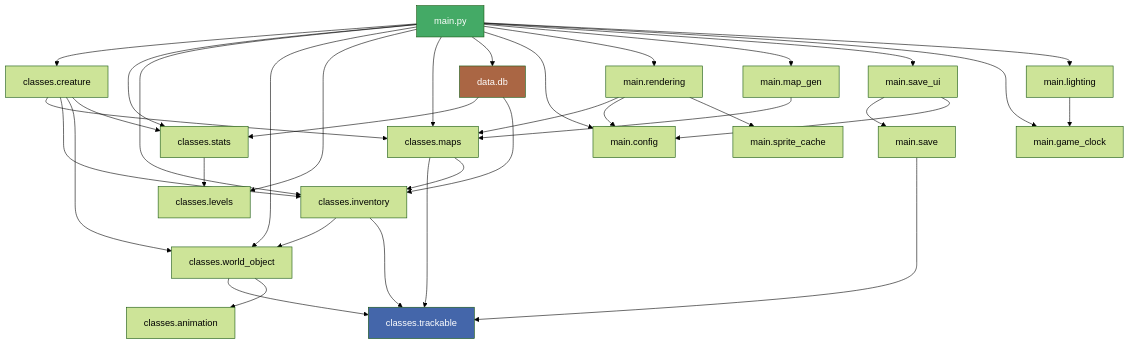
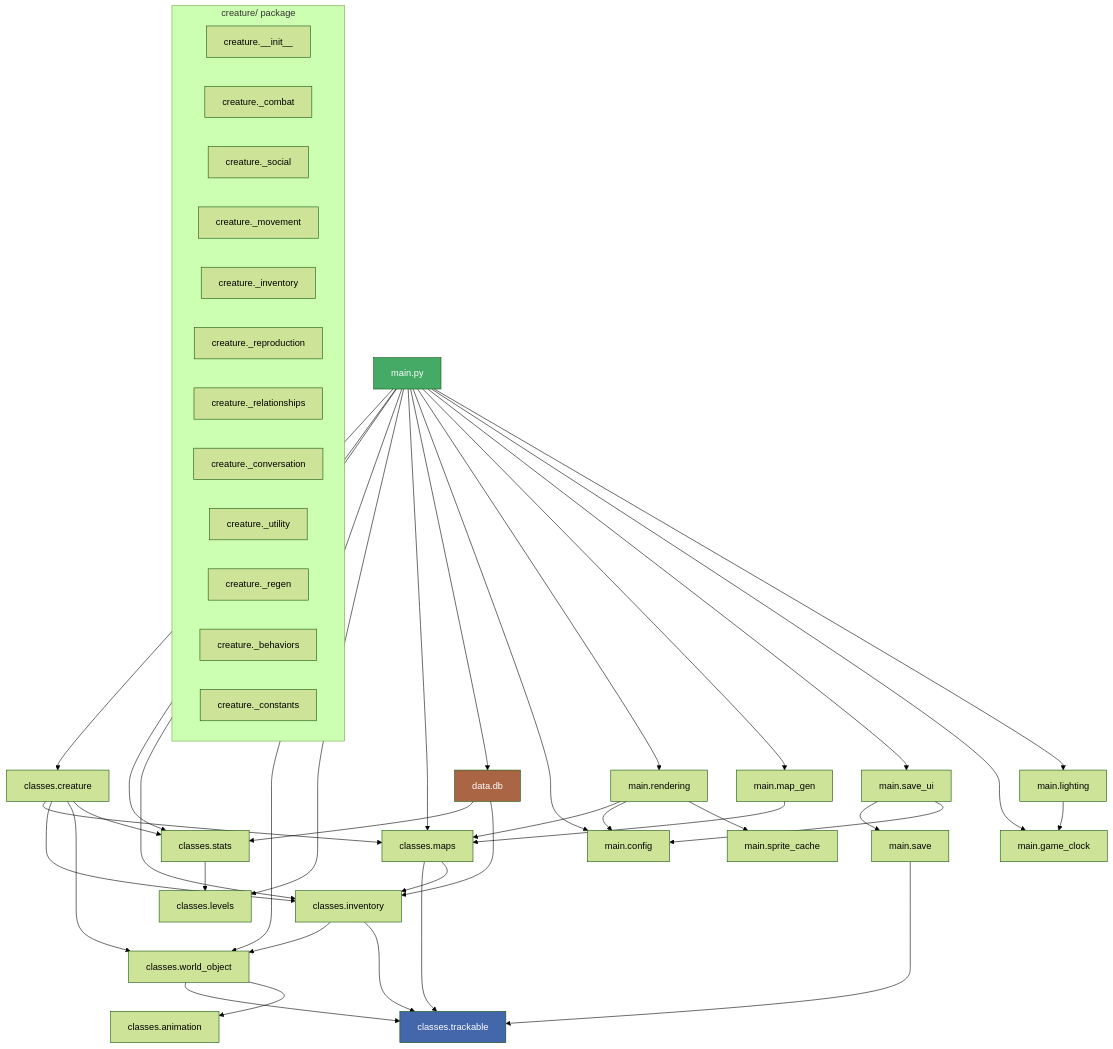
The first of 2 diagrams in docs/ERDs/import_dependencies.md (JOL11235813213455/game), drawn with Mermaid (forest theme) before and after one commit. The commit also changed 2 other files, not shown here.

Commit message:
Rewrite model resume to use named section remapping instead of positional padding
_load_state_into_net() now accepts obs/action schema IDs and remaps
weights by section name (observations) and action name (actions) when
schemas are available. Sections that moved or were reordered are correctly
realigned; new sections get zero weights; removed sections are dropped.
Falls back to positional padding for backward compatibility with models
saved before schema tracking.

Also threads obs_schema_id/act_schema_id through _save_model_to_db and
_load_model_from_db so schema provenance is stored with every model.

````diff
--- a/docs/ERDs/import_dependencies.md
+++ b/docs/ERDs/import_dependencies.md
@@ -7,52 +7,67 @@
 ```mermaid
 graph TD
     main.py --> classes.creature
     main.py --> classes.stats
     main.py --> classes.inventory
     main.py --> classes.world_object
     main.py --> classes.levels
     main.py --> classes.maps
     main.py --> data.db
     main.py --> main.config
     main.py --> main.rendering
     main.py --> main.map_gen
     main.py --> main.save_ui
     main.py --> main.game_clock
     main.py --> main.lighting
 
     classes.creature --> classes.maps
     classes.creature --> classes.inventory
     classes.creature --> classes.world_object
     classes.creature --> classes.stats
+
+    subgraph "creature/ package"
+        creature.__init__
+        creature._combat
+        creature._social
+        creature._movement
+        creature._inventory
+        creature._reproduction
+        creature._relationships
+        creature._conversation
+        creature._utility
+        creature._regen
+        creature._behaviors
+        creature._constants
+    end
 
     classes.world_object --> classes.trackable
     classes.world_object --> classes.animation
 
     classes.inventory --> classes.world_object
     classes.inventory --> classes.trackable
 
     classes.maps --> classes.trackable
     classes.maps --> classes.inventory
 
     classes.stats --> classes.levels
 
     main.rendering --> classes.maps
     main.rendering --> main.config
     main.rendering --> main.sprite_cache
 
     main.lighting --> main.game_clock
 
     main.save_ui --> main.save
     main.save_ui --> main.config
 
     main.save --> classes.trackable
 
     main.map_gen --> classes.maps
 
     data.db --> classes.stats
     data.db --> classes.inventory
 
     style main.py fill:#4a6,color:#fff
     style classes.trackable fill:#46a,color:#fff
     style data.db fill:#a64,color:#fff
 ```
````
